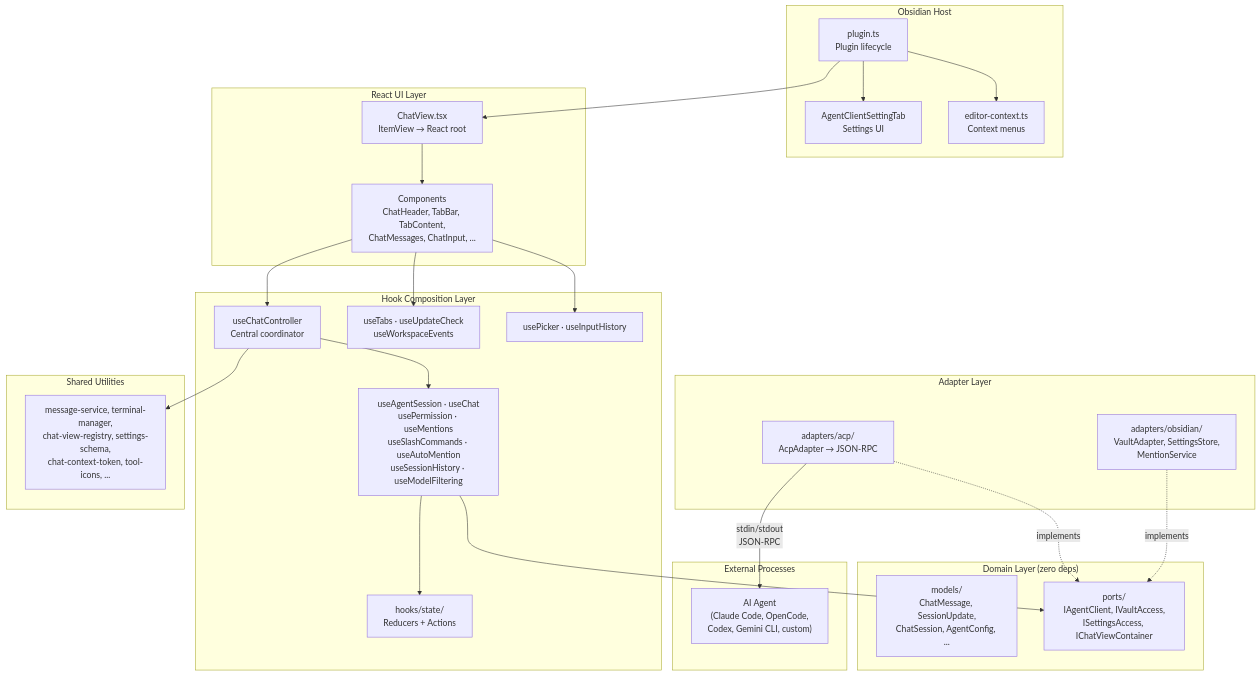
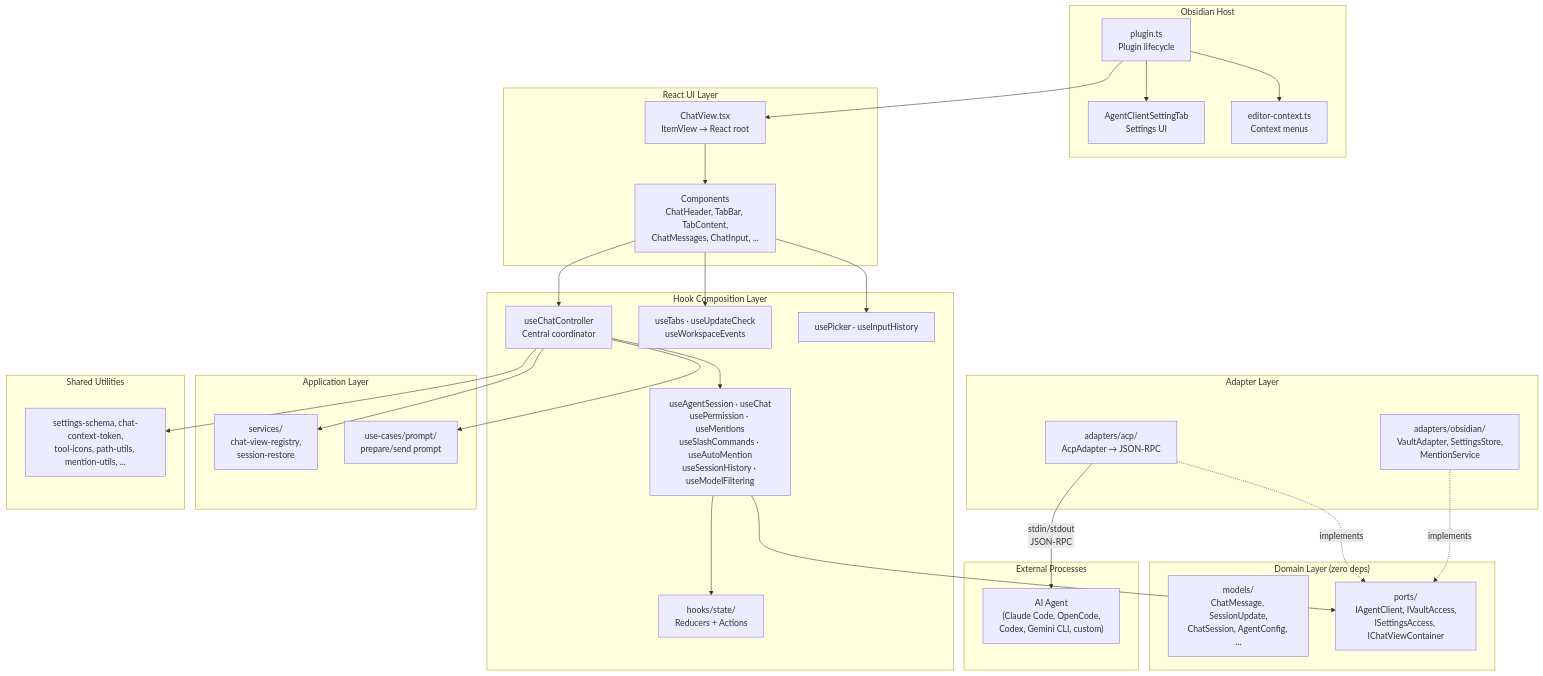
Before and after one commit to RAIT-09/obsidian-agent-client: the first of 5 diagrams in CONTRIBUTING.md, drawn with Mermaid. The commit also changed other lines of this file and 6 other files, not shown here.

Commit message:
docs: refresh AGENTS and contributing architecture guides

````diff
--- a/CONTRIBUTING.md
+++ b/CONTRIBUTING.md
@@ -20,54 +20,61 @@
 ```mermaid
 graph TB
     subgraph Obsidian["Obsidian Host"]
         Plugin["plugin.ts<br/>Plugin lifecycle"]
         Settings["AgentClientSettingTab<br/>Settings UI"]
         EditorCtx["editor-context.ts<br/>Context menus"]
     end
 
     subgraph UI["React UI Layer"]
         ChatView["ChatView.tsx<br/>ItemView → React root"]
         Components["Components<br/>ChatHeader, TabBar, TabContent,<br/>ChatMessages, ChatInput, ..."]
     end
 
     subgraph Hooks["Hook Composition Layer"]
         Controller["useChatController<br/>Central coordinator"]
         SubHooks["useAgentSession · useChat<br/>usePermission · useMentions<br/>useSlashCommands · useAutoMention<br/>useSessionHistory · useModelFiltering"]
         ViewHooks["useTabs · useUpdateCheck<br/>useWorkspaceEvents"]
         InputHooks["usePicker · useInputHistory"]
         State["hooks/state/<br/>Reducers + Actions"]
     end
 
     subgraph Domain["Domain Layer (zero deps)"]
         Models["models/<br/>ChatMessage, SessionUpdate,<br/>ChatSession, AgentConfig, ..."]
         Ports["ports/<br/>IAgentClient, IVaultAccess,<br/>ISettingsAccess, IChatViewContainer"]
     end
 
     subgraph Adapters["Adapter Layer"]
         ACP["adapters/acp/<br/>AcpAdapter → JSON-RPC"]
         ObsAdapters["adapters/obsidian/<br/>VaultAdapter, SettingsStore,<br/>MentionService"]
     end
 
+    subgraph Application["Application Layer"]
+        AppSvc["services/<br/>chat-view-registry,<br/>session-restore"]
+        AppUseCases["use-cases/prompt/<br/>prepare/send prompt"]
+    end
+
     subgraph Shared["Shared Utilities"]
-        Utils["message-service, terminal-manager,<br/>chat-view-registry, settings-schema,<br/>chat-context-token, tool-icons, ..."]
+        Utils["settings-schema, chat-context-token,<br/>tool-icons, path-utils, mention-utils, ..."]
     end
 
     subgraph External["External Processes"]
         Agent["AI Agent<br/>(Claude Code, OpenCode,<br/>Codex, Gemini CLI, custom)"]
     end
 
     Plugin --> ChatView
     Plugin --> Settings
     Plugin --> EditorCtx
     ChatView --> Components
     Components --> Controller
     Components --> ViewHooks
     Components --> InputHooks
     Controller --> SubHooks
     SubHooks --> State
     SubHooks --> Ports
+    Controller --> AppSvc
+    Controller --> AppUseCases
     Controller --> Utils
     ACP -.->|implements| Ports
     ObsAdapters -.->|implements| Ports
     ACP -->|stdin/stdout<br/>JSON-RPC| Agent
 ```
````
